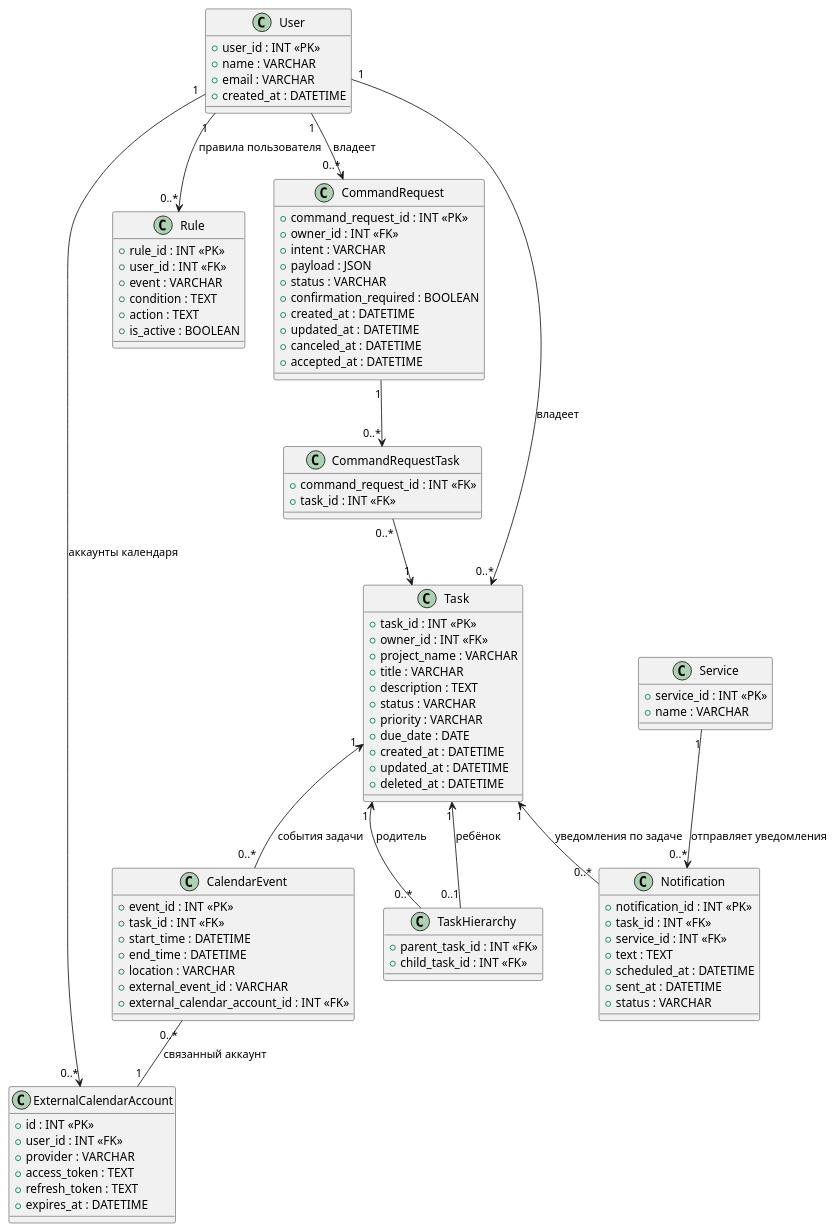
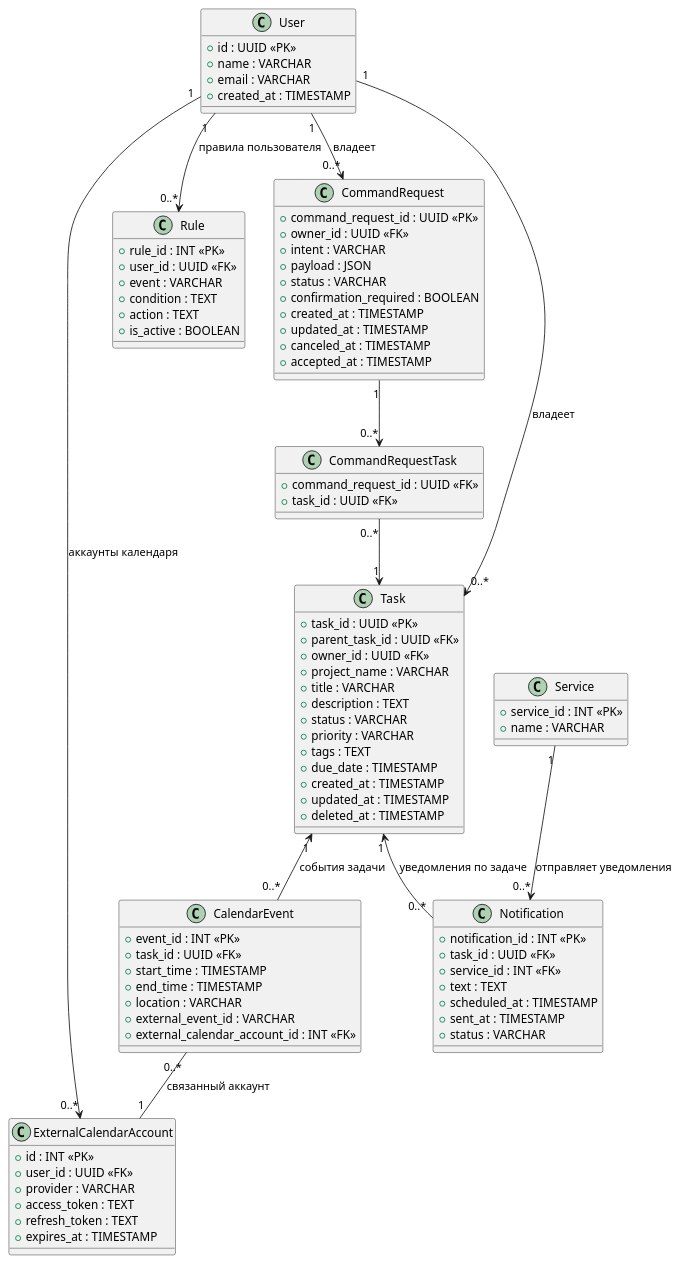
One commit to Krakv/vts-architecture changed the diagram in Lab Work №3/docs/diagrams/db.plantuml. Above: the diagram before and after it, drawn with PlantUML. The commit also changed 1 other file, not shown here.

Commit message:
LabWork3: изменил схему БД

```diff
--- a/Lab Work №3/docs/diagrams/db.plantuml
+++ b/Lab Work №3/docs/diagrams/db.plantuml
@@ -1,115 +1,107 @@
 @startuml DATABASE
-' База данных задач с подписями на русском
 
 ' Класс Пользователь
 class User {
-    +user_id : INT <<PK>>
+    +id : UUID <<PK>>
     +name : VARCHAR
     +email : VARCHAR
-    +created_at : DATETIME
+    +created_at : TIMESTAMP
 }
 
 ' Класс Задача
 class Task {
-    +task_id : INT <<PK>>
-    +owner_id : INT <<FK>>
+    +task_id : UUID <<PK>>
+    +parent_task_id : UUID <<FK>>
+    +owner_id : UUID <<FK>>
     +project_name : VARCHAR
     +title : VARCHAR
     +description : TEXT
     +status : VARCHAR
     +priority : VARCHAR
-    +due_date : DATE
-    +created_at : DATETIME
-    +updated_at : DATETIME
-    +deleted_at : DATETIME
-}
-
-' Класс Иерархия задач
-class TaskHierarchy {
-    +parent_task_id : INT <<FK>>
-    +child_task_id : INT <<FK>>
+    +tags : TEXT
+    +due_date : TIMESTAMP
+    +created_at : TIMESTAMP
+    +updated_at : TIMESTAMP
+    +deleted_at : TIMESTAMP
 }
 
 ' Класс Календарь
 class CalendarEvent {
     +event_id : INT <<PK>>
-    +task_id : INT <<FK>>
-    +start_time : DATETIME
-    +end_time : DATETIME
+    +task_id : UUID <<FK>>
+    +start_time : TIMESTAMP
+    +end_time : TIMESTAMP
     +location : VARCHAR
     +external_event_id : VARCHAR
     +external_calendar_account_id : INT <<FK>>
 }
 
 ' Класс Правило
 class Rule {
     +rule_id : INT <<PK>>
-    +user_id : INT <<FK>>
+    +user_id : UUID <<FK>>
     +event : VARCHAR        
     +condition : TEXT       
     +action : TEXT          
     +is_active : BOOLEAN
 }
 
 ' Класс Уведомление
 class Notification {
     +notification_id : INT <<PK>>
-    +task_id : INT <<FK>>
+    +task_id : UUID <<FK>>
     +service_id : INT <<FK>>
     +text : TEXT
-    +scheduled_at : DATETIME
-    +sent_at : DATETIME
+    +scheduled_at : TIMESTAMP
+    +sent_at : TIMESTAMP
     +status : VARCHAR
 }
 
 ' Класс Сервис для уведомлений
 class Service {
     +service_id : INT <<PK>>
     +name : VARCHAR
 }
 
 ' Класс для хранения ключей доступа к календарю пользователя
 class ExternalCalendarAccount {
     +id : INT <<PK>>
-    +user_id : INT <<FK>>
+    +user_id : UUID <<FK>>
     +provider : VARCHAR
     +access_token : TEXT
     +refresh_token : TEXT
-    +expires_at : DATETIME
+    +expires_at : TIMESTAMP
 }
 
+' Класс CommandRequest
 class CommandRequest {
-    +command_request_id : INT <<PK>>
-    +owner_id : INT <<FK>>
+    +command_request_id : UUID <<PK>>
+    +owner_id : UUID <<FK>>
     +intent : VARCHAR
     +payload : JSON
     +status : VARCHAR
     +confirmation_required : BOOLEAN
-    +created_at : DATETIME
-    +updated_at : DATETIME
-    +canceled_at : DATETIME
-    +accepted_at : DATETIME
+    +created_at : TIMESTAMP
+    +updated_at : TIMESTAMP
+    +canceled_at : TIMESTAMP
+    +accepted_at : TIMESTAMP
 }
 
+' Класс CommandRequestTask
 class CommandRequestTask {
-    +command_request_id : INT <<FK>>
-    +task_id : INT <<FK>>
+    +command_request_id : UUID <<FK>>
+    +task_id : UUID <<FK>>
 }
 
-
-' Ассоциации с подписями на русском
 User "1" --> "0..*" Task : владеет
 Task "1" <-- "0..*" CalendarEvent : события задачи
 Task "1" <-- "0..*" Notification : уведомления по задаче
-Task "1" <-- "0..*" TaskHierarchy : родитель
-Task "1" <-- "0..1" TaskHierarchy : ребёнок
 User "1" --> "0..*" Rule : правила пользователя
 Service "1" --> "0..*" Notification : отправляет уведомления
 User "1" --> "0..*" ExternalCalendarAccount : аккаунты календаря
 CalendarEvent "0..*" -- "1" ExternalCalendarAccount : связанный аккаунт
 User "1" --> "0..*" CommandRequest : владеет
 CommandRequest "1" --> "0..*" CommandRequestTask
 CommandRequestTask "0..*" --> "1" Task
 
-
 @enduml
```
